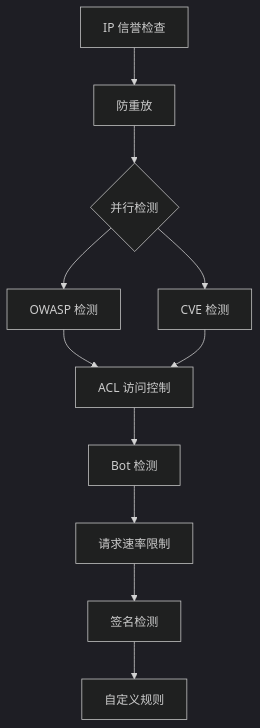
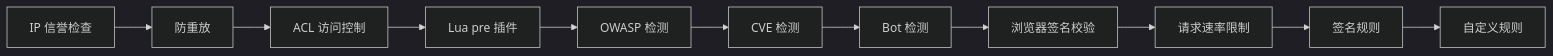
Before and after one commit to x01n/My-OpenWaf: the third of 3 diagrams in README.md, drawn with Mermaid (dark theme). The commit also changed other lines of this file and 36 other files, not shown here.

````diff
--- a/README.md
+++ b/README.md
@@ -72,13 +77,13 @@
 ```mermaid
-flowchart TB
+flowchart LR
   IP[IP 信誉检查] --> AR[防重放]
-  AR --> P{并行检测}
-  P --> OWASP[OWASP 检测]
-  P --> CVE[CVE 检测]
-  OWASP --> ACL[ACL 访问控制]
-  CVE --> ACL
-  ACL --> Bot[Bot 检测]
-  Bot --> Rate[请求速率限制]
-  Rate --> Sig[签名检测]
+  AR --> ACL[ACL 访问控制]
+  ACL --> LuaPre[Lua pre 插件]
+  LuaPre --> OWASP[OWASP 检测]
+  OWASP --> CVE[CVE 检测]
+  CVE --> Bot[Bot 检测]
+  Bot --> Sign[浏览器签名校验]
+  Sign --> Rate[请求速率限制]
+  Rate --> Sig[签名规则]
   Sig --> Custom[自定义规则]
 ```
````
